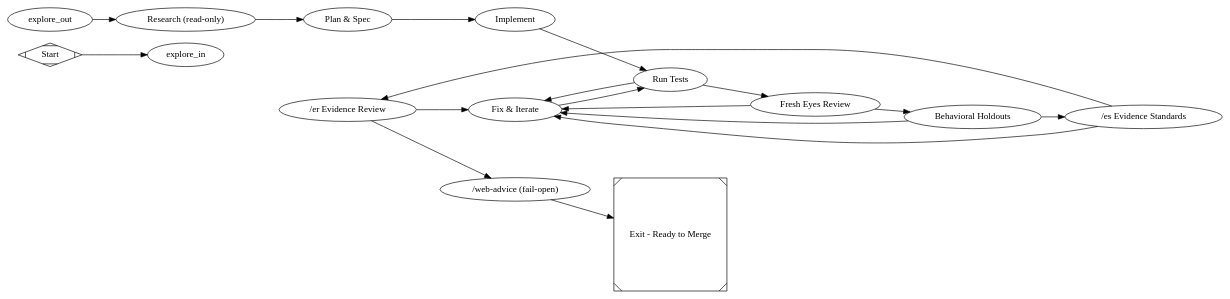
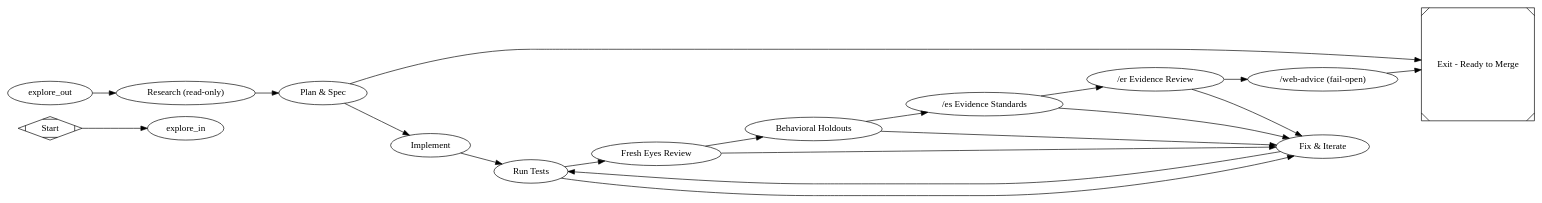
One commit to jleechanorg/dark-factory changed the diagram in pipelines/slim/minimal_pr.dot. Above: the diagram before and after it, drawn with Graphviz. The commit also changed 7 other files, not shown here.

Commit message:
fix: fail closed on MiniMax plan errors [codex][gpt-5.6-luna]

```diff
--- a/pipelines/slim/minimal_pr.dot
+++ b/pipelines/slim/minimal_pr.dot
@@ -1,137 +1,140 @@
 digraph MinimalPRFactory {
   graph [
     include="@pipelines/_base.dot",
     goal="Iterate on an in-flight PR: passes tests, review, and evidence gates"
     rankdir=LR
     model_stylesheet="minimal_feature.model.css"
   ]
 
   start [shape=Mdiamond, label="Start"]
   exit  [shape=Msquare, label="Exit - Ready to Merge"]
 
   // _base.dot provides: explore_in, explore_fanout, explore_{concept,auth,
   // reuse,risks}, explore_join, explore_out.
 
   // Research rides the coder backend (no class → run-level --backend),
   // read-only: digests explore findings into .dark-factory/research-findings.md
   // before the heavier plan model runs.
   research [
     type="codergen",
     label="Research (read-only)",
     prompt="@prompts/slim/research.md"
   ]
 
   plan [
     type="codergen",
     label="Plan & Spec",
     class="plan",
     prompt="@prompts/slim/plan.md"
   ]
 
   implement [
     type="codergen",
     label="Implement",
     class="implement",
     prompt="@prompts/slim/implement.md",
     max_retries=2
   ]
 
   test [
     type="tool",
     label="Run Tests",
     command="${state.slim.test_command}",
     validation=true,
     goal_gate=true,
     timeout=600,
     retry_target="fix"
   ]
 
   review [
     type="codergen",
     label="Fresh Eyes Review",
     class="review",
     prompt="@prompts/slim/review.md",
     goal_gate=true,
     retry_target="fix"
   ]
 
   holdout [
     type="holdout_eval",
     label="Behavioral Holdouts",
     feature="${state.feature}",
     validation=true,
     goal_gate=true,
     timeout=600,
     retry_target="fix"
   ]
 
   gate_es [
     type="gate_es",
     label="/es Evidence Standards",
     timeout=600
   ]
 
   // Resolves via the adversarial-review priority queue (codex > minimax >
   // agy is the final supported reviewer fallback so the reviewer is a *different vendor* from the
   // implementing coder. prefer_adversarial=true excludes the run-level
   // coder backend from the queue. Overridable per-run via
   // DARK_FACTORY_ADVERSARIAL_PRIORITY. See pipelines/slim/review_pr.dot.
   gate_er [
     type="gate_er",
     label="/er Evidence Review",
     backend_priority="codex,minimax,agy",
     prefer_adversarial="true",
     timeout=600
   ]
 
   // /web-advice fail-open advisory node (min_diff_lines="20" per slim lane policy)
   web_advice [
     type="web_advice",
     label="/web-advice (fail-open)",
     prompt="@prompts/web_advice.txt",
     backend="claude",
     explicit_claude_lane="true",
     requires_claude_config="true",
     timeout=900,
     min_diff_lines="20",
     transport="auto",
     decision="continue",
     fail_open="true",
     description="Multi-model browser review (gemini/grok/chatgpt/perplexity) via real authenticated browser sessions. FAIL-OPEN: never blocks. Signal goes to CXDB + PR comment."
   ]
 
   fix [
     type="codergen",
     label="Fix & Iterate",
     class="fix",
     prompt="@prompts/slim/fix.md",
     max_retries=2,
     max_visits="3",
     no_progress_max="2"
   ]
 
   start -> explore_in
   explore_out -> research
   research -> plan
-  plan -> implement
+  // MiniMax is a required planning dependency.  Never continue into the
+  // implementation tier when plan cannot run; preserve the failure at exit.
+  plan -> implement [condition="outcome=success"]
+  plan -> exit [condition="outcome!=success"]
   implement -> test
 
   test -> review [condition="outcome=success"]
   test -> fix [condition="outcome!=success"]
 
   review -> holdout [condition="outcome=success"]
   review -> fix [condition="outcome!=success"]
 
   holdout -> gate_es [condition="outcome=success"]
   holdout -> fix [condition="outcome!=success"]
   gate_es -> gate_er [condition="outcome=success"]
   gate_es -> fix [condition="outcome!=success"]
 
   gate_er -> web_advice [condition="outcome=success"]
   gate_er -> fix [condition="outcome!=success"]
 
   // Fail-open heart: single unconditional edge to exit.
   web_advice -> exit
 
   fix -> test
 }
```
